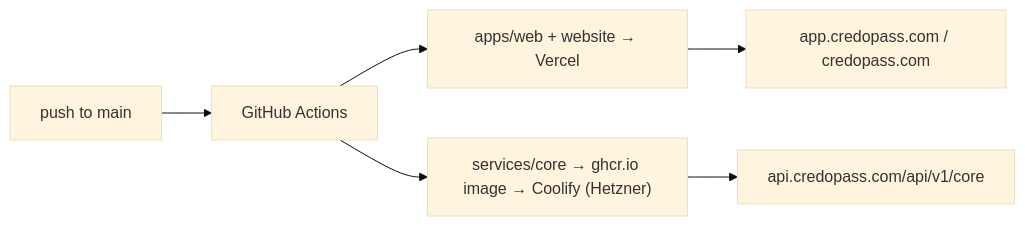
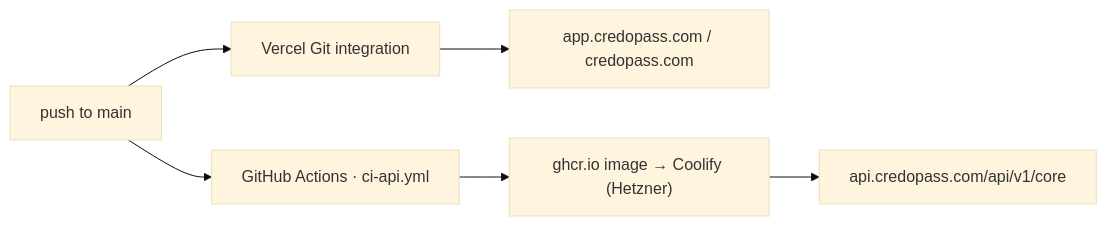
Before and after one commit to codewreaker/credopass: the fourth of 4 diagrams in README.md, drawn with Mermaid (base theme). The commit also changed other lines of this file and 2 other files, not shown here.

Commit message:
docs: the frontends deploy via Vercel's Git integration, not GitHub Actions
`ci-web.yml` is `disabled_manually` in GitHub Actions and does not run. Vercel's
own Git integration builds and deploys on every push, with nothing in
.github/workflows/ involved — so a push that changes only the web app produces
no Actions run at all, which reads as "the deploy did not happen" if you are
watching the Actions tab.

The two paths are independent and only one is Actions:

  push ─┬─► Vercel Git integration ──────────────► app/credopass.com
        └─► ci-api.yml ─► ghcr.io ─► Coolify ────► api.credopass.com

`ci-web.yml` and the VERCEL_* secrets are left in place but marked disabled,
since re-enabling is a decision rather than a cleanup. Delete them if Vercel's
integration is the permanent answer.

````diff
--- a/README.md
+++ b/README.md
@@ -314,8 +314,8 @@
 ```mermaid
 flowchart LR
-    Push["push to main"] --> GH["GitHub Actions"]
-    GH --> V["apps/web + website → Vercel"]
-    GH --> CR["services/core → ghcr.io image → Coolify (Hetzner)"]
+    Push["push to main"] --> V["Vercel Git integration"]
+    Push --> GH["GitHub Actions · ci-api.yml"]
     V --> App["app.credopass.com / credopass.com"]
+    GH --> CR["ghcr.io image → Coolify (Hetzner)"]
     CR --> Api["api.credopass.com/api/v1/core"]
 ```
````
